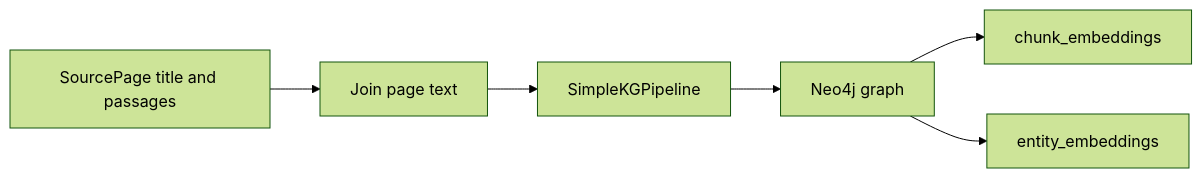
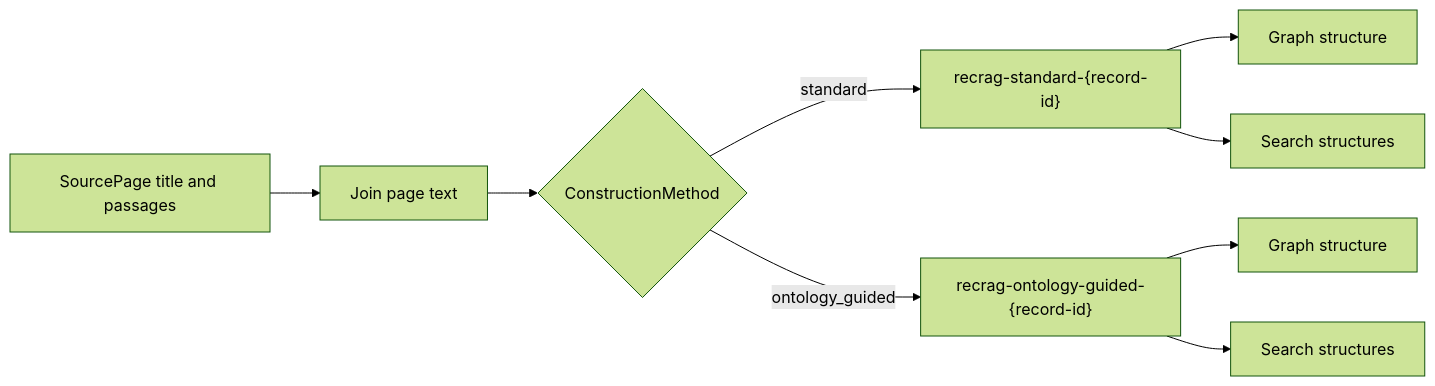
One commit to udit19199/RecRAG changed the first of 4 diagrams in docs/graphrag/construction.md. Above: the diagram before and after it, drawn with Mermaid (forest theme). The commit also changed other lines of this file and 24 other files, not shown here.

````diff
--- a/docs/graphrag/construction.md
+++ b/docs/graphrag/construction.md
@@ -12,8 +18,11 @@
 ```mermaid
 flowchart LR
     A[SourcePage title and passages] --> B[Join page text]
-    B --> C[SimpleKGPipeline]
-    C --> D[Neo4j graph]
-    D --> E[chunk_embeddings]
-    D --> F[entity_embeddings]
+    B --> C{ConstructionMethod}
+    C -->|standard| D["recrag-standard-{record-id}"]
+    C -->|ontology_guided| E["recrag-ontology-guided-{record-id}"]
+    D --> F[Graph structure]
+    D --> G[Search structures]
+    E --> H[Graph structure]
+    E --> I[Search structures]
 ```
````
